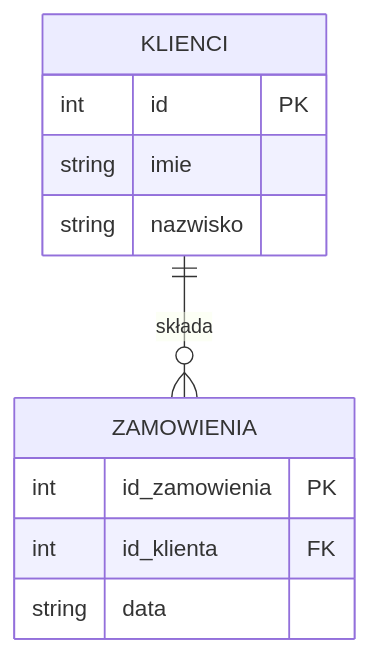
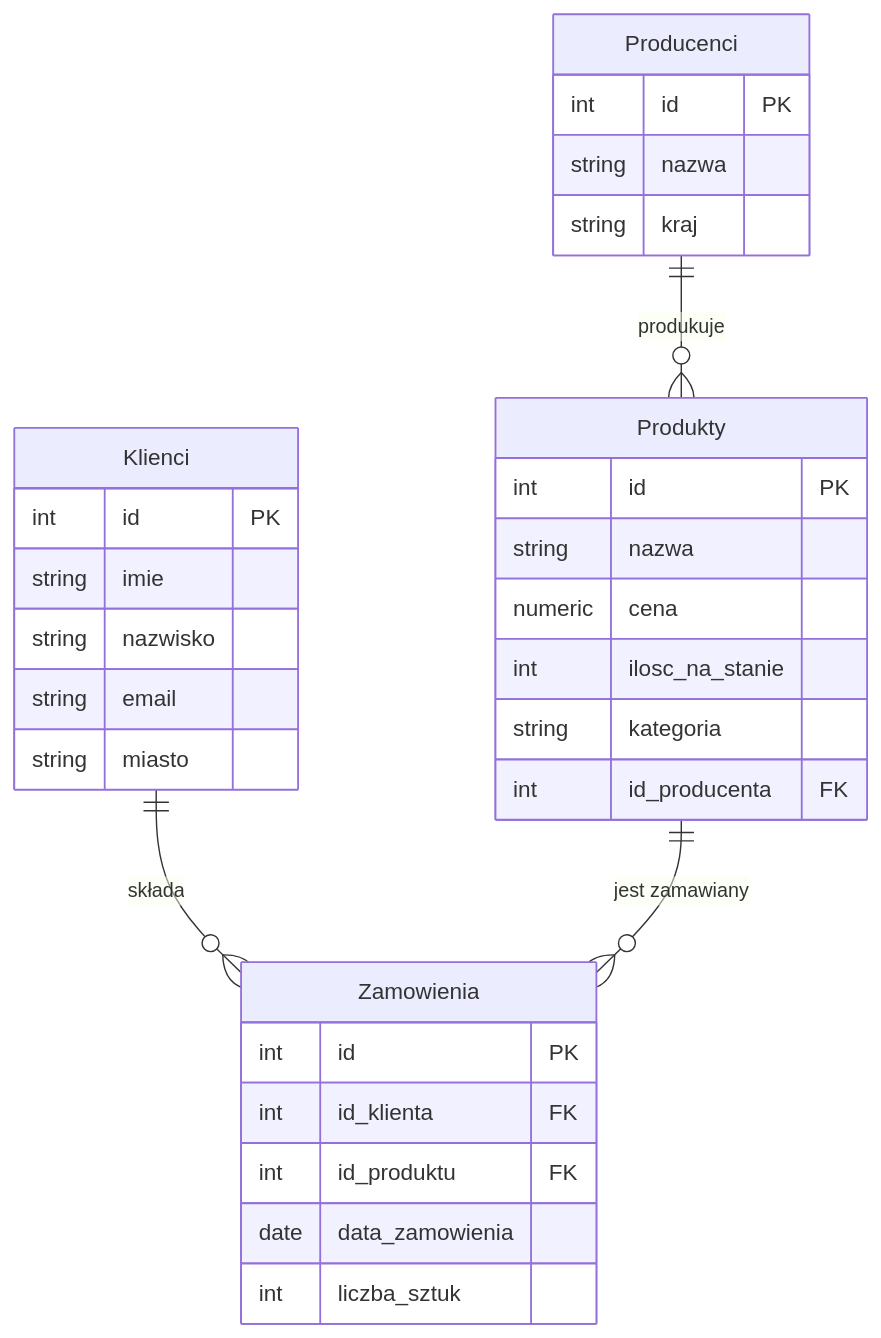
The diagram in labs/lab02_sql_basics_2.md (zacniewski/materials-about-databases), drawn with Mermaid before and after one commit. The commit also changed other lines of this file and 2 other files, not shown here.

````diff
--- a/labs/lab02_sql_basics_2.md
+++ b/labs/lab02_sql_basics_2.md
@@ -24,14 +33,34 @@
 ```mermaid
 erDiagram
-    KLIENCI ||--o{ ZAMOWIENIA : "składa"
-    KLIENCI {
+    Producenci ||--o{ Produkty : "produkuje"
+    Klienci ||--o{ Zamowienia : "składa"
+    Produkty ||--o{ Zamowienia : "jest zamawiany"
+    
+    Producenci {
+        int id PK
+        string nazwa
+        string kraj
+    }
+    Produkty {
+        int id PK
+        string nazwa
+        numeric cena
+        int ilosc_na_stanie
+        string kategoria
+        int id_producenta FK
+    }
+    Klienci {
         int id PK
         string imie
         string nazwisko
+        string email
+        string miasto
     }
-    ZAMOWIENIA {
-        int id_zamowienia PK
+    Zamowienia {
+        int id PK
         int id_klienta FK
-        string data
+        int id_produktu FK
+        date data_zamowienia
+        int liczba_sztuk
     }
 ```
````
